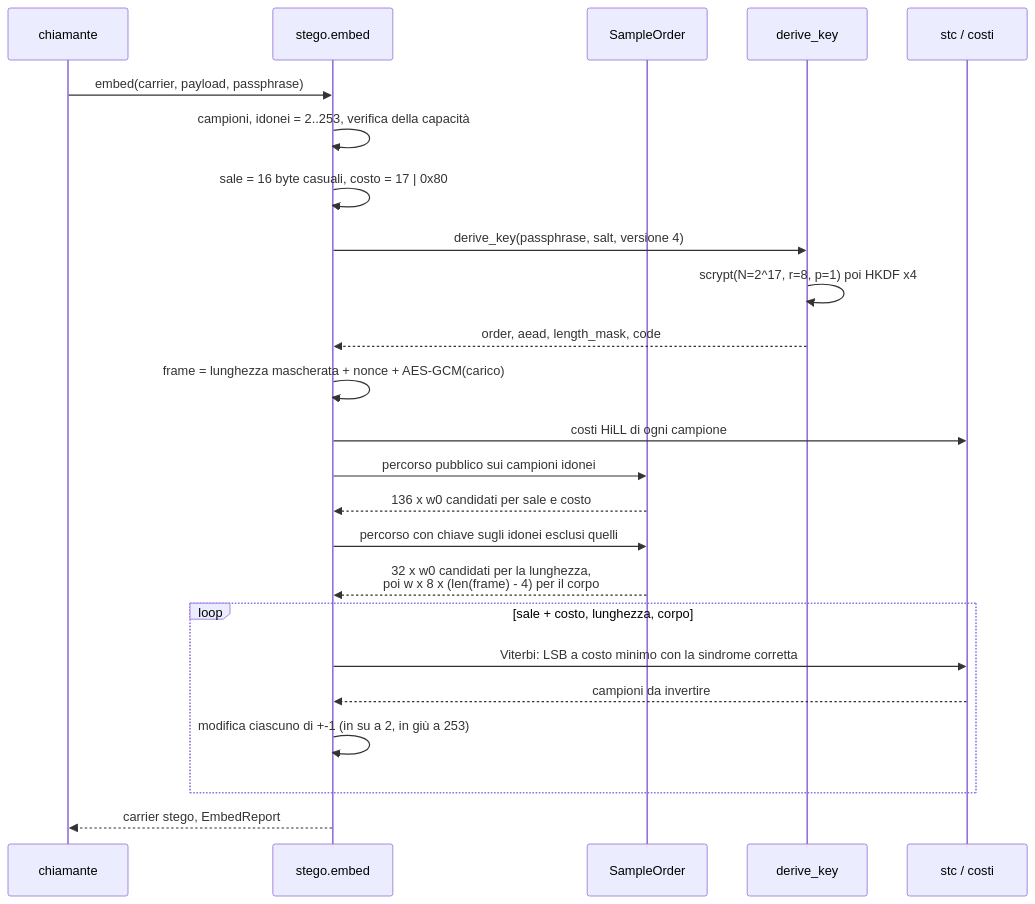
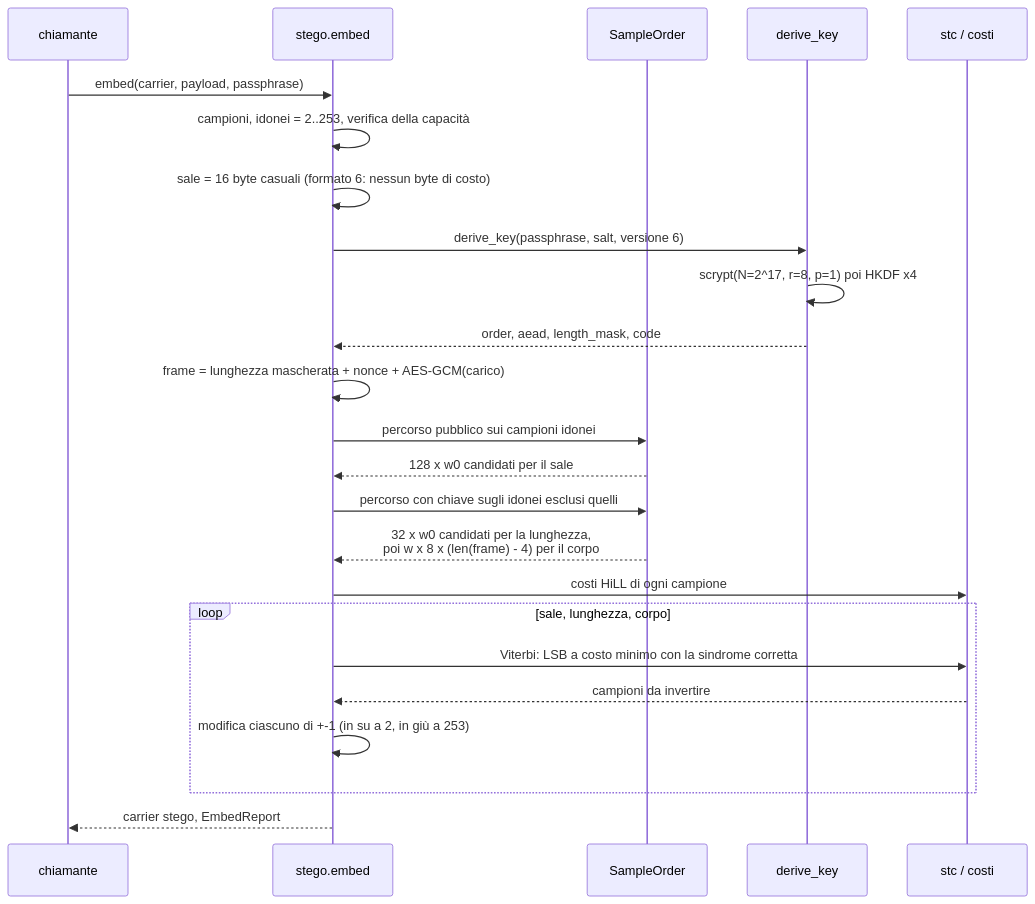
The third of 7 diagrams in docs_it/04-runtime-behaviour.md (Just-Ipavon/shardpix), drawn with Mermaid before and after one commit. The commit also changed other lines of this file and 8 other files, not shown here.

````diff
--- a/docs_it/04-runtime-behaviour.md
+++ b/docs_it/04-runtime-behaviour.md
@@ -116,28 +117,28 @@
 ```mermaid
 sequenceDiagram
     participant C as chiamante
     participant E as stego.embed
     participant W as SampleOrder
     participant K as derive_key
 
     participant T as stc / costi
 
     C->>E: embed(carrier, payload, passphrase)
     E->>E: campioni, idonei = 2..253, verifica della capacità
-    E->>E: sale = 16 byte casuali, costo = 17 | 0x80
-    E->>K: derive_key(passphrase, salt, versione 4)
+    E->>E: sale = 16 byte casuali (formato 6: nessun byte di costo)
+    E->>K: derive_key(passphrase, salt, versione 6)
     K->>K: scrypt(N=2^17, r=8, p=1) poi HKDF x4
     K-->>E: order, aead, length_mask, code
     E->>E: frame = lunghezza mascherata + nonce + AES-GCM(carico)
-    E->>T: costi HiLL di ogni campione
     E->>W: percorso pubblico sui campioni idonei
-    W-->>E: 136 x w0 candidati per sale e costo
+    W-->>E: 128 x w0 candidati per il sale
     E->>W: percorso con chiave sugli idonei esclusi quelli
     W-->>E: 32 x w0 candidati per la lunghezza,<br/>poi w x 8 x (len(frame) - 4) per il corpo
-    loop sale + costo, lunghezza, corpo
+    E->>T: costi HiLL di ogni campione
+    loop sale, lunghezza, corpo
         E->>T: Viterbi: LSB a costo minimo con la sindrome corretta
         T-->>E: campioni da invertire
         E->>E: modifica ciascuno di +-1 (in su a 2, in giù a 253)
     end
     E-->>C: carrier stego, EmbedReport
 ```
````
